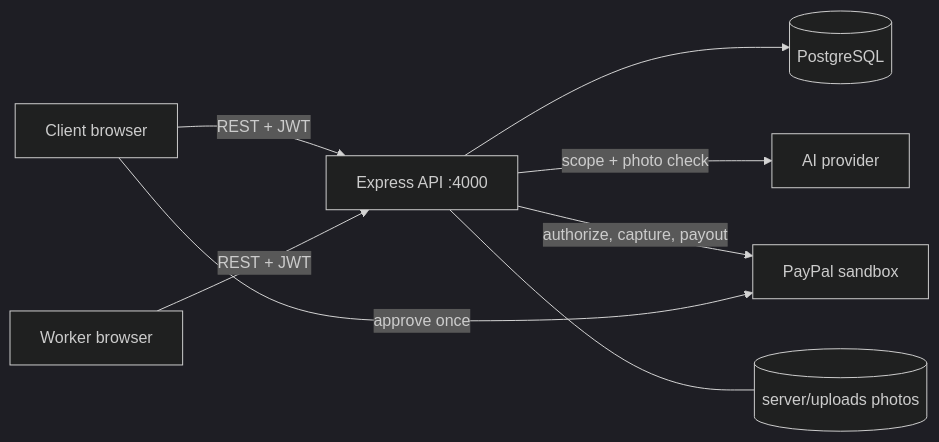
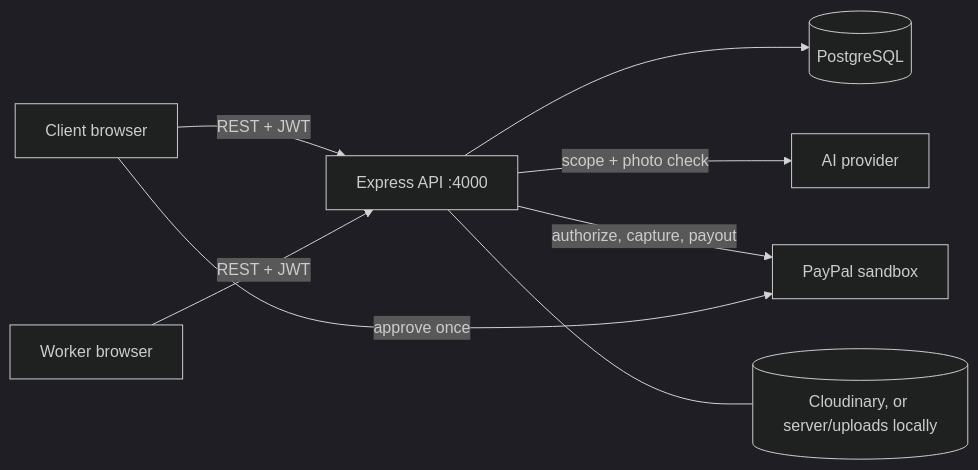
Before and after one commit to LogicForge742/Kazi-proof: the diagram in README.md, drawn with Mermaid (dark theme). The commit also changed other lines of this file and 1 other file, not shown here.

````diff
--- a/README.md
+++ b/README.md
@@ -149,10 +154,10 @@
 ```mermaid
 flowchart LR
   C[Client browser] -->|REST + JWT| API[Express API :4000]
   W[Worker browser] -->|REST + JWT| API
   API --> DB[(PostgreSQL)]
   API -->|scope + photo check| AI[AI provider]
   API -->|authorize, capture, payout| PP[PayPal sandbox]
   C -->|approve once| PP
-  API --- FS[(server/uploads photos)]
+  API --- FS[(Cloudinary, or server/uploads locally)]
 ```
````
